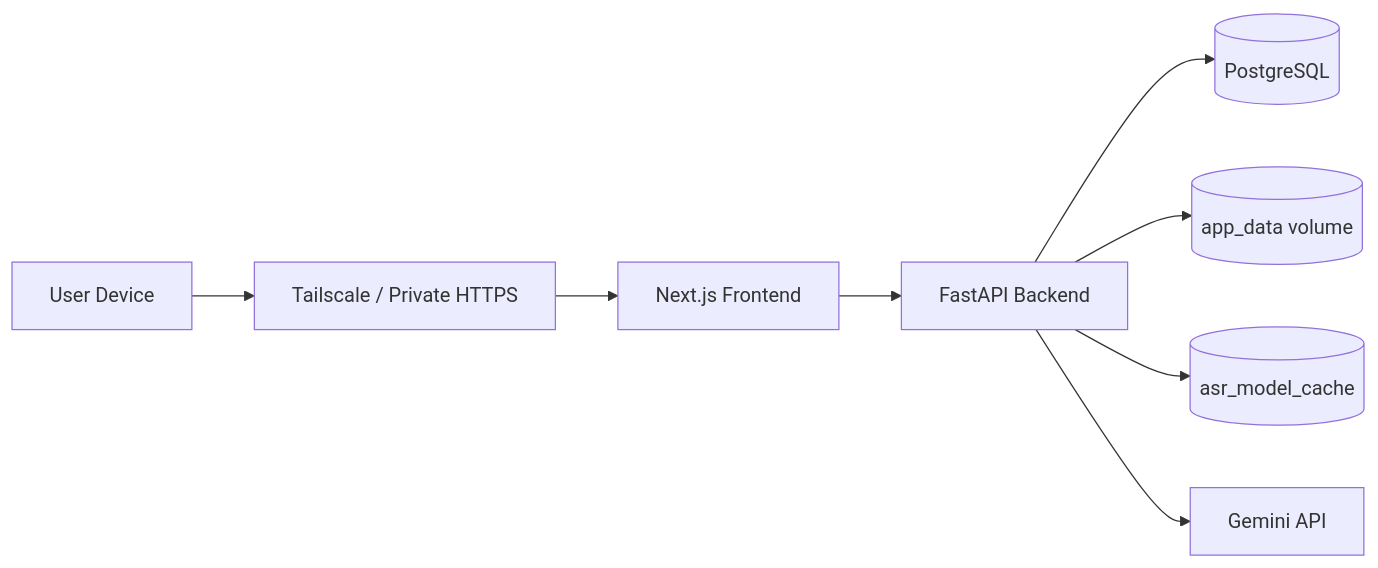
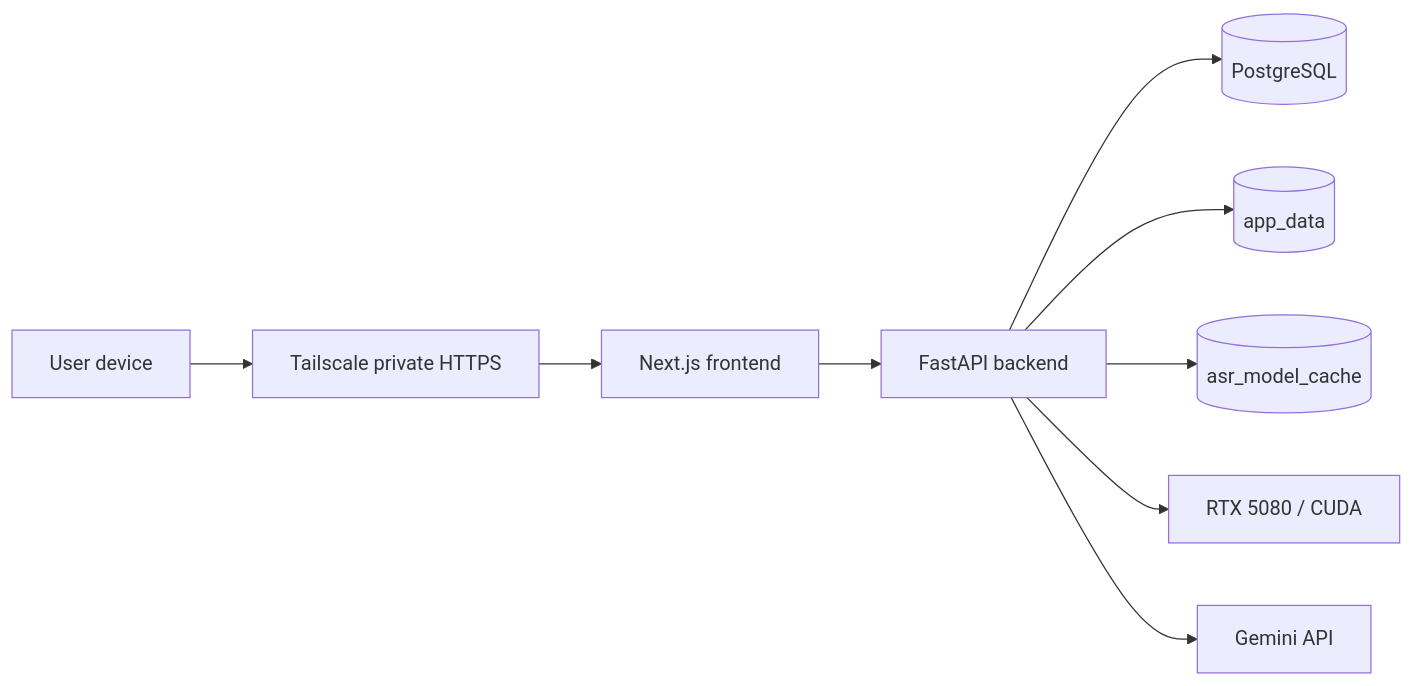
Before and after one commit to JasonLn0711/trace_itself: the first of 6 diagrams in README.md, drawn with Mermaid. The commit also changed other lines of this file, not shown here.

````diff
--- a/README.md
+++ b/README.md
@@ -60,10 +89,11 @@
 ```mermaid
 flowchart LR
-    U[User Device] --> T[Tailscale / Private HTTPS]
-    T --> F[Next.js Frontend]
-    F --> A[FastAPI Backend]
-    A --> P[(PostgreSQL)]
-    A --> D[(app_data volume)]
-    A --> C[(asr_model_cache)]
-    A --> G[Gemini API]
+    U[User device] --> TS[Tailscale private HTTPS]
+    TS --> FE[Next.js frontend]
+    FE --> BE[FastAPI backend]
+    BE --> DB[(PostgreSQL)]
+    BE --> DATA[(app_data)]
+    BE --> CACHE[(asr_model_cache)]
+    BE --> GPU[RTX 5080 / CUDA]
+    BE --> GEM[Gemini API]
 ```
````
